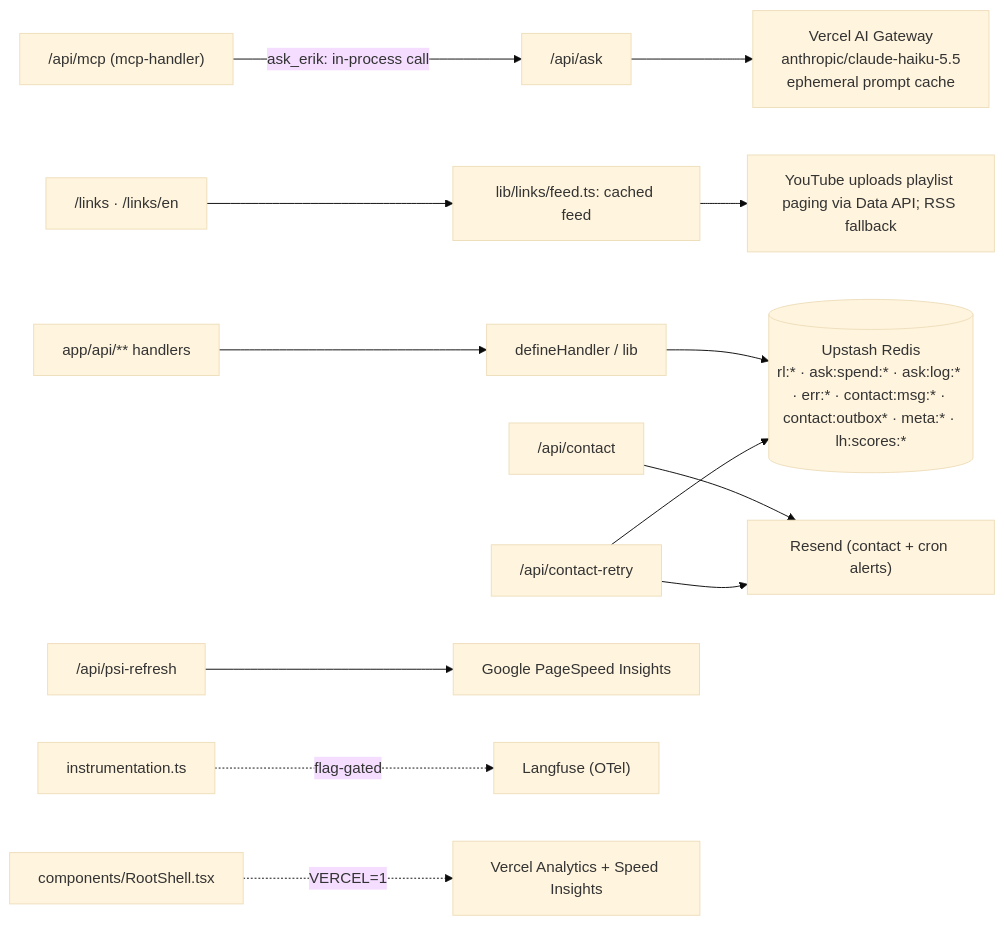
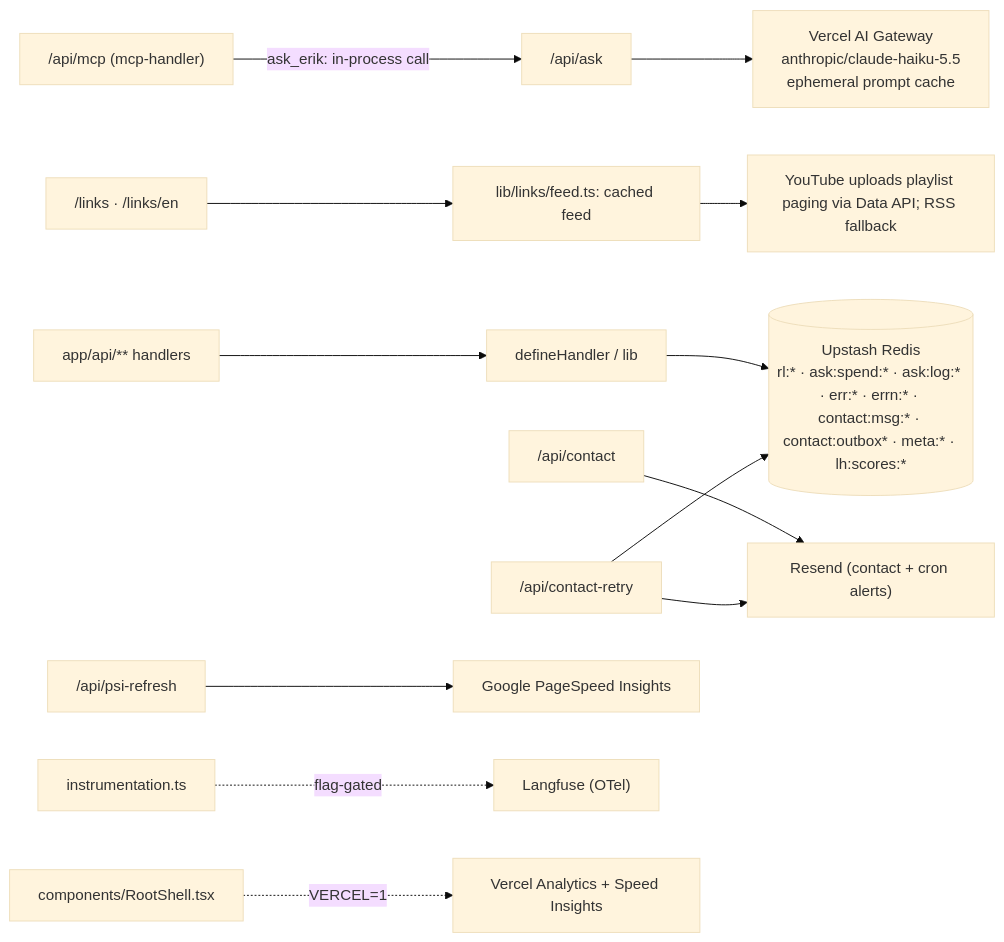
Before and after one commit to erikunha/portfolio: the diagram in docs/05-api-and-integrations.md, drawn with Mermaid (base theme). The commit also changed other lines of this file and 10 other files, not shown here.

````diff
--- a/docs/05-api-and-integrations.md
+++ b/docs/05-api-and-integrations.md
@@ -88,15 +88,15 @@
 ```mermaid
 flowchart LR
     routes["app/api/** handlers"] --> defh["defineHandler / lib"]
-    defh --> redis[("Upstash Redis<br/>rl:* · ask:spend:* · ask:log:* · err:* · contact:msg:* · contact:outbox* · meta:* · lh:scores:*")]
+    defh --> redis[("Upstash Redis<br/>rl:* · ask:spend:* · ask:log:* · err:* · errn:* · contact:msg:* · contact:outbox* · meta:* · lh:scores:*")]
     ask["/api/ask"] --> gw["Vercel AI Gateway<br/>anthropic/claude-haiku-5.5<br/>ephemeral prompt cache"]
     mcp["/api/mcp (mcp-handler)"] -->|ask_erik: in-process call| ask
     linkpages["/links · /links/en"] --> links["lib/links/feed.ts: cached feed"]
     links --> youtube["YouTube uploads playlist paging via Data API; RSS fallback"]
     contact["/api/contact"] --> resend["Resend (contact + cron alerts)"]
     retry["/api/contact-retry"] --> redis
     retry --> resend
     psicron["/api/psi-refresh"] --> psi["Google PageSpeed Insights"]
     instr["instrumentation.ts"] -.flag-gated.-> lf["Langfuse (OTel)"]
     layout["components/RootShell.tsx"] -.VERCEL=1.-> rum["Vercel Analytics + Speed Insights"]
 ```
````
